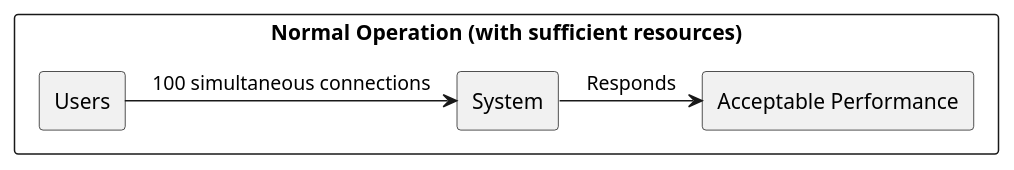
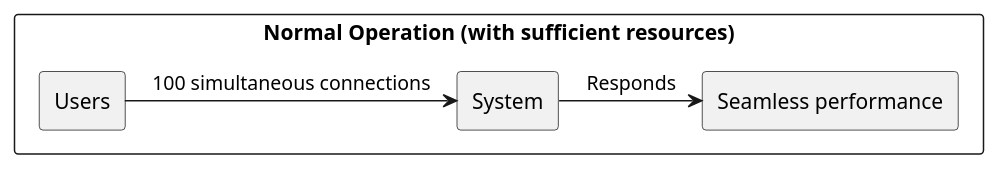
The fourth of 11 diagrams in src/sa/model/index.md (USI-MSDE-SA-2022/software-architecture-model-Travad), drawn with PlantUML before and after one commit. The commit also changed other lines of this file and 9 other files, not shown here.

````diff
--- a/src/sa/model/index.md
+++ b/src/sa/model/index.md
@@ -367,20 +340,20 @@
 ```puml
 @startuml
 
 skinparam componentStyle rectangle
 skinparam monochrome true
 skinparam shadowing false
 
 rectangle "Normal Operation (with sufficient resources)" {
 
 rectangle "Users" as Source
-rectangle "Acceptable Performance" as Measure
+rectangle "Seamless performance" as Measure
 
 Source -> [System] : "100 simultaneous connections"
 
 [System] -> [Measure] : "Responds"
 
 }
 
 @enduml
 ```
````
